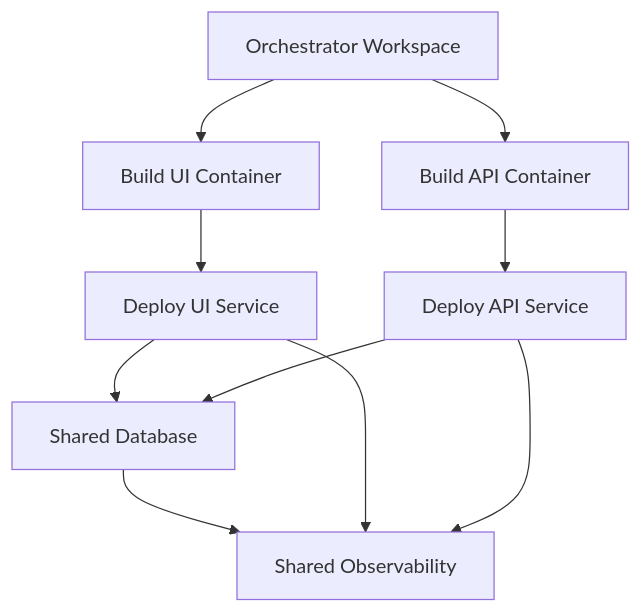
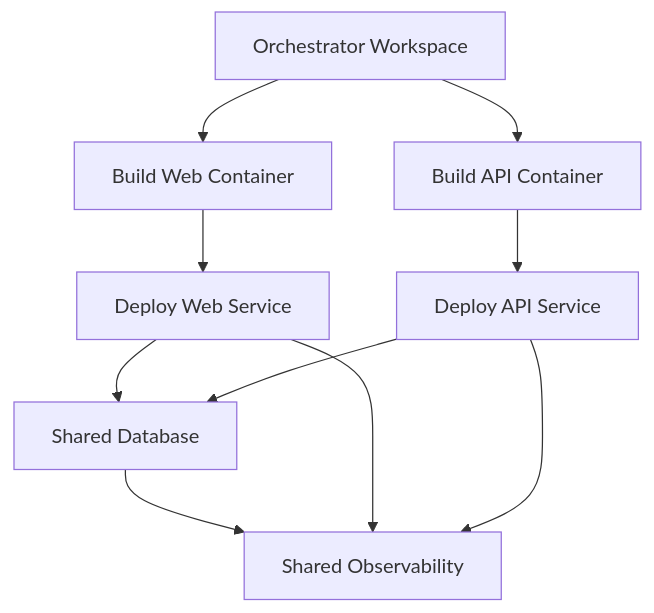
Before and after one commit to franlyreynoso/enterprise-templates: the second of 2 diagrams in docs/ARCHITECTURE.md, drawn with Mermaid. The commit also changed other lines of this file and 10 other files, not shown here.

````diff
--- a/docs/ARCHITECTURE.md
+++ b/docs/ARCHITECTURE.md
@@ -166,12 +166,12 @@
 ```mermaid
 graph TD
-    A[Orchestrator Workspace] --> B[Build UI Container]
+    A[Orchestrator Workspace] --> B[Build Web Container]
     A --> C[Build API Container]
-    B --> D[Deploy UI Service]
+    B --> D[Deploy Web Service]
     C --> E[Deploy API Service]
     D --> F[Shared Database]
     E --> F
     F --> G[Shared Observability]
     D --> G
     E --> G
 ```
````
